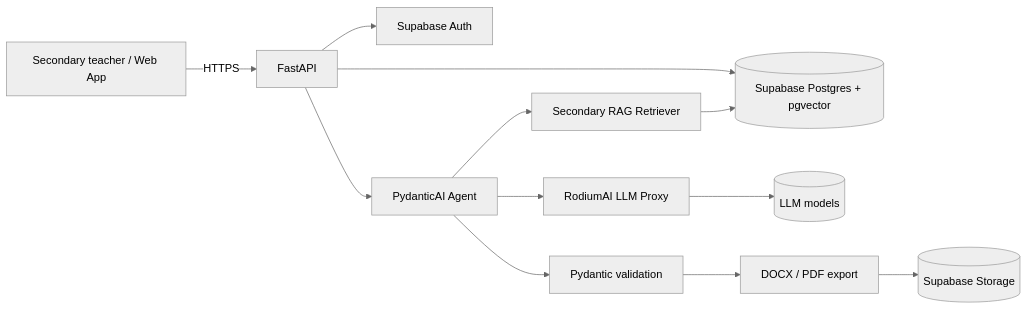
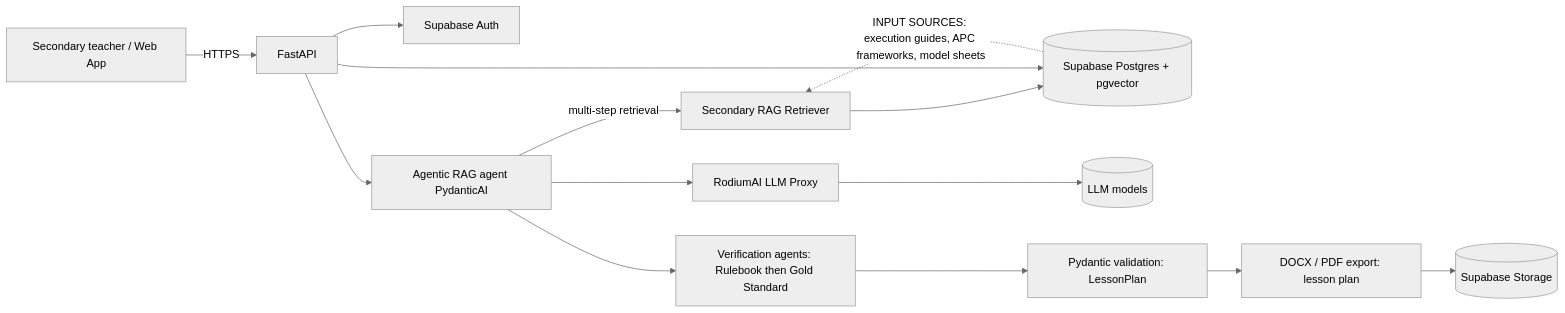
The second of 2 diagrams in README.md (justin2119/pedago-ai), drawn with Mermaid (neutral theme) before and after one commit. The commit also changed other lines of this file, not shown here.

Commit message:
docs(readme): clarify that pedago-ai generates lesson plans only; execution guides and model sheets are RAG inputs; describe Agentic RAG engine (FR/EN)

````diff
--- a/README.md
+++ b/README.md
@@ -345,14 +385,16 @@
 ```mermaid
 flowchart LR
     U[Secondary teacher / Web App] -->|HTTPS| API[FastAPI]
     API --> AUTH[Supabase Auth]
-    API --> AG[PydanticAI Agent]
-    AG --> RET[Secondary RAG Retriever]
+    API --> AG[Agentic RAG agent PydanticAI]
+    AG -->|multi-step retrieval| RET[Secondary RAG Retriever]
     RET --> PG[(Supabase Postgres + pgvector)]
+    PG -.->|INPUT SOURCES: execution guides, APC frameworks, model sheets| RET
     AG --> PROXY[RodiumAI LLM Proxy]
     PROXY --> LLM[(LLM models)]
-    AG --> VAL[Pydantic validation]
-    VAL --> EXP[DOCX / PDF export]
+    AG --> VER[Verification agents: Rulebook then Gold Standard]
+    VER --> VAL[Pydantic validation: LessonPlan]
+    VAL --> EXP[DOCX / PDF export: lesson plan]
     EXP --> STO[(Supabase Storage)]
     API --> PG
 ```
````
